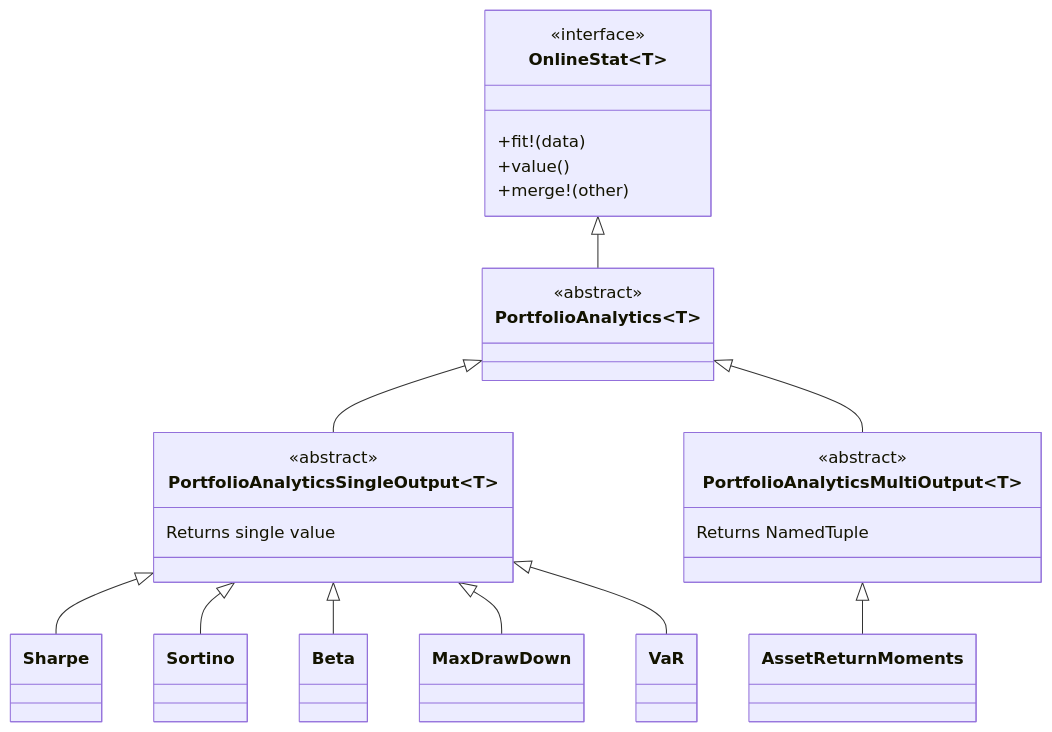
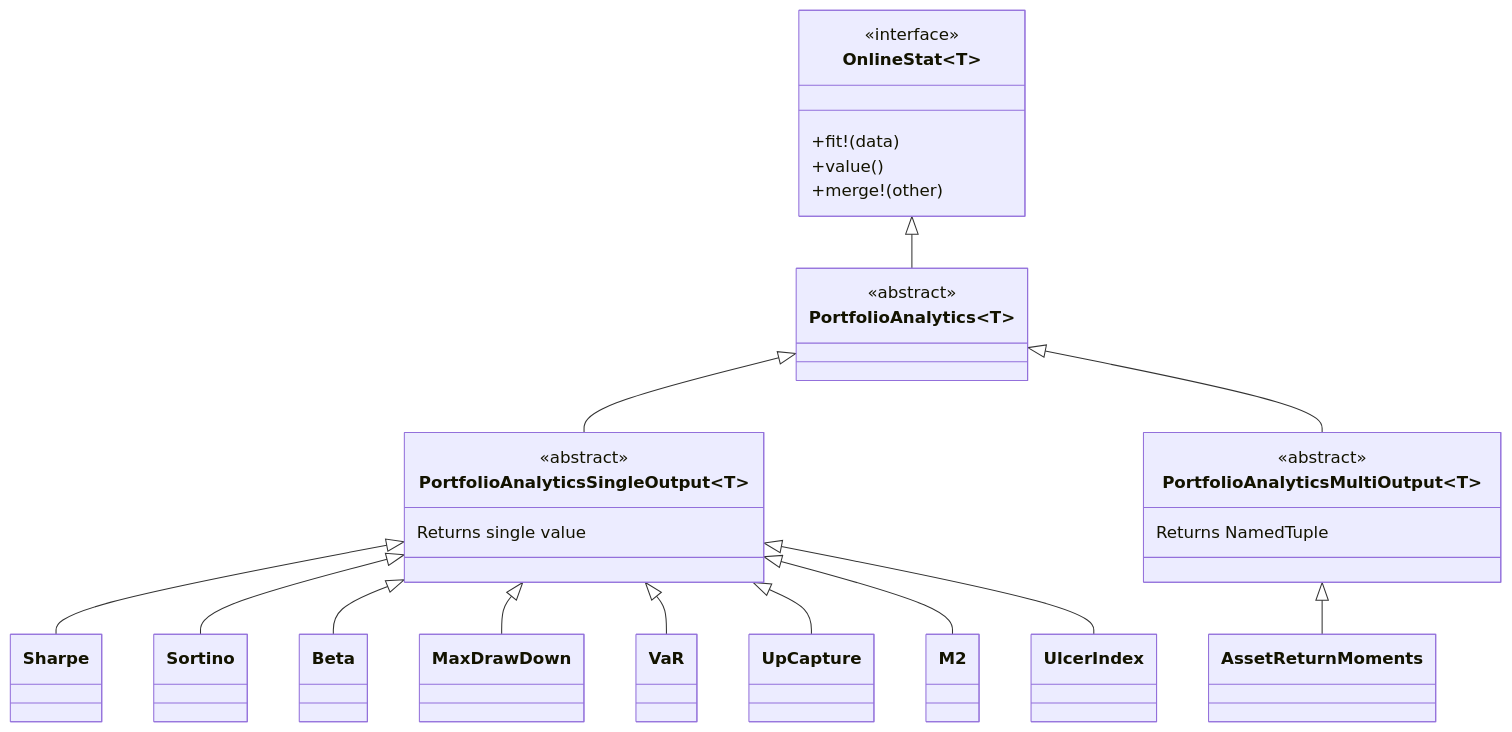
Before and after one commit to femtotrader/OnlinePortfolioAnalytics.jl: the eighth of 8 diagrams in WIKI.md, drawn with Mermaid. The commit also changed other lines of this file and 1 other file, not shown here.

````diff
--- a/WIKI.md
+++ b/WIKI.md
@@ -367,35 +451,38 @@
 ```mermaid
 classDiagram
     class OnlineStat~T~ {
         <<interface>>
         +fit!(data)
         +value()
         +merge!(other)
     }
 
     class PortfolioAnalytics~T~ {
         <<abstract>>
     }
 
     class PortfolioAnalyticsSingleOutput~T~ {
         <<abstract>>
         Returns single value
     }
 
     class PortfolioAnalyticsMultiOutput~T~ {
         <<abstract>>
         Returns NamedTuple
     }
 
     OnlineStat <|-- PortfolioAnalytics
     PortfolioAnalytics <|-- PortfolioAnalyticsSingleOutput
     PortfolioAnalytics <|-- PortfolioAnalyticsMultiOutput
 
     PortfolioAnalyticsSingleOutput <|-- Sharpe
     PortfolioAnalyticsSingleOutput <|-- Sortino
     PortfolioAnalyticsSingleOutput <|-- Beta
     PortfolioAnalyticsSingleOutput <|-- MaxDrawDown
     PortfolioAnalyticsSingleOutput <|-- VaR
+    PortfolioAnalyticsSingleOutput <|-- UpCapture
+    PortfolioAnalyticsSingleOutput <|-- M2
+    PortfolioAnalyticsSingleOutput <|-- UlcerIndex
 
     PortfolioAnalyticsMultiOutput <|-- AssetReturnMoments
 ```
````
